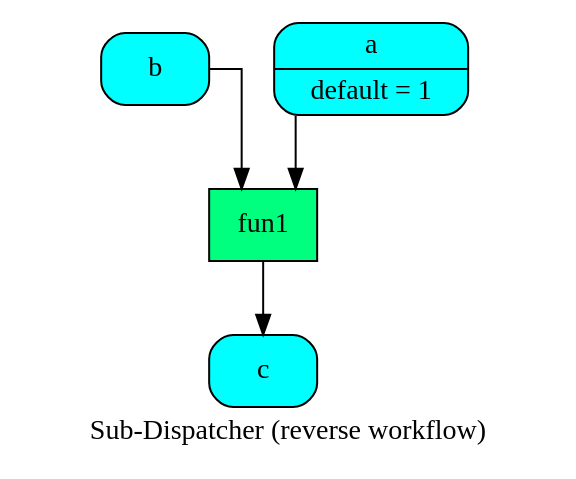
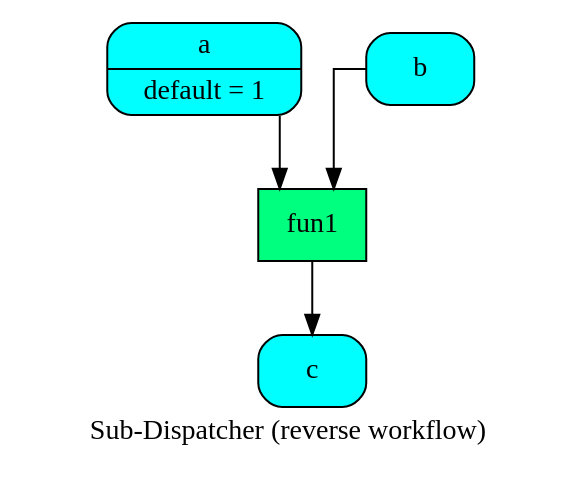
The diagram in doc/source/dispatcher/__init__/get_sub_dsp_from_workflow/sub_dsp2.dot (vinci1it2000/schedula), drawn with Graphviz before and after one commit. The commit also changed 26 other files, not shown here.

```diff
--- a/doc/source/dispatcher/__init__/get_sub_dsp_from_workflow/sub_dsp2.dot
+++ b/doc/source/dispatcher/__init__/get_sub_dsp_from_workflow/sub_dsp2.dot
@@ -1,13 +1,13 @@
 digraph "Sub-Dispatcher (reverse workflow)" {
 	graph [ratio=1]
 	node [style=filled]
+	label = "Sub-Dispatcher (reverse workflow)"
 	splines = ortho
-	label = "Sub-Dispatcher (reverse workflow)"
-		"Sub-Dispatcher (reverse workflow)_-427784935824896063" [label="{ b  }" fillcolor=cyan shape=Mrecord]
-		"Sub-Dispatcher (reverse workflow)_-3574468403947108869" [label="{ a | default = 1 }" fillcolor=cyan shape=Mrecord]
-		"Sub-Dispatcher (reverse workflow)_3788701081272013541" [label="{ fun1  }" fillcolor=springgreen shape=record]
-		"Sub-Dispatcher (reverse workflow)_5626300579074633926" [label="{ c  }" fillcolor=cyan shape=Mrecord]
-			"Sub-Dispatcher (reverse workflow)_-427784935824896063" -> "Sub-Dispatcher (reverse workflow)_3788701081272013541"
-			"Sub-Dispatcher (reverse workflow)_-3574468403947108869" -> "Sub-Dispatcher (reverse workflow)_3788701081272013541"
-			"Sub-Dispatcher (reverse workflow)_3788701081272013541" -> "Sub-Dispatcher (reverse workflow)_5626300579074633926"
+		"Sub-Dispatcher (reverse workflow)_-1739731674132073175" [label="{ c  }" fillcolor=cyan shape=Mrecord]
+		"Sub-Dispatcher (reverse workflow)_-8503278920192876870" [label="{ a | default = 1 }" fillcolor=cyan shape=Mrecord]
+		"Sub-Dispatcher (reverse workflow)_-3117625956851900853" [label="{ b  }" fillcolor=cyan shape=Mrecord]
+		"Sub-Dispatcher (reverse workflow)_3621108375693654285" [label="{ fun1  }" fillcolor=springgreen shape=record]
+			"Sub-Dispatcher (reverse workflow)_-8503278920192876870" -> "Sub-Dispatcher (reverse workflow)_3621108375693654285"
+			"Sub-Dispatcher (reverse workflow)_-3117625956851900853" -> "Sub-Dispatcher (reverse workflow)_3621108375693654285"
+			"Sub-Dispatcher (reverse workflow)_3621108375693654285" -> "Sub-Dispatcher (reverse workflow)_-1739731674132073175"
 }
```
